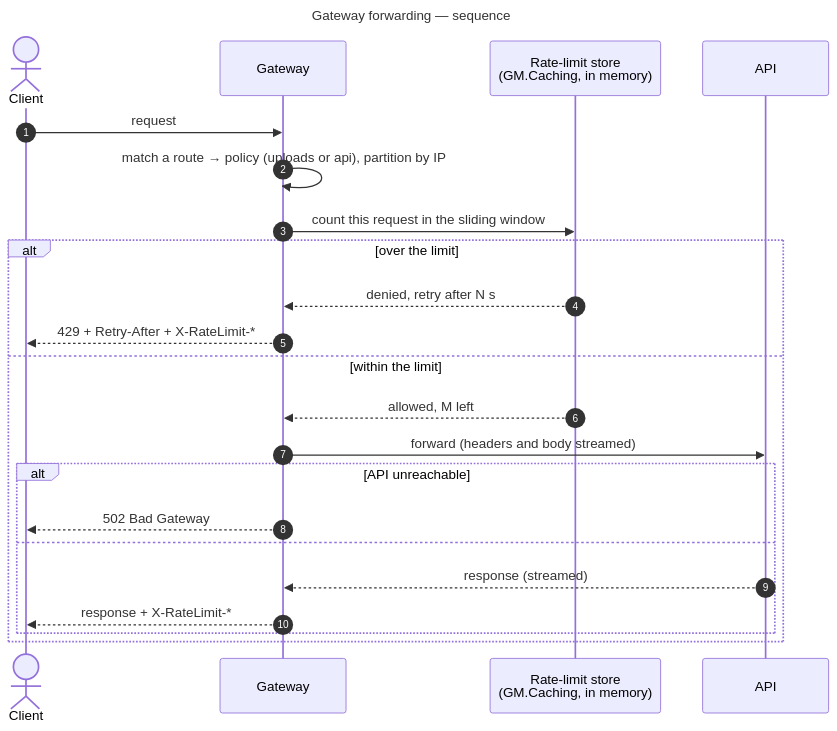
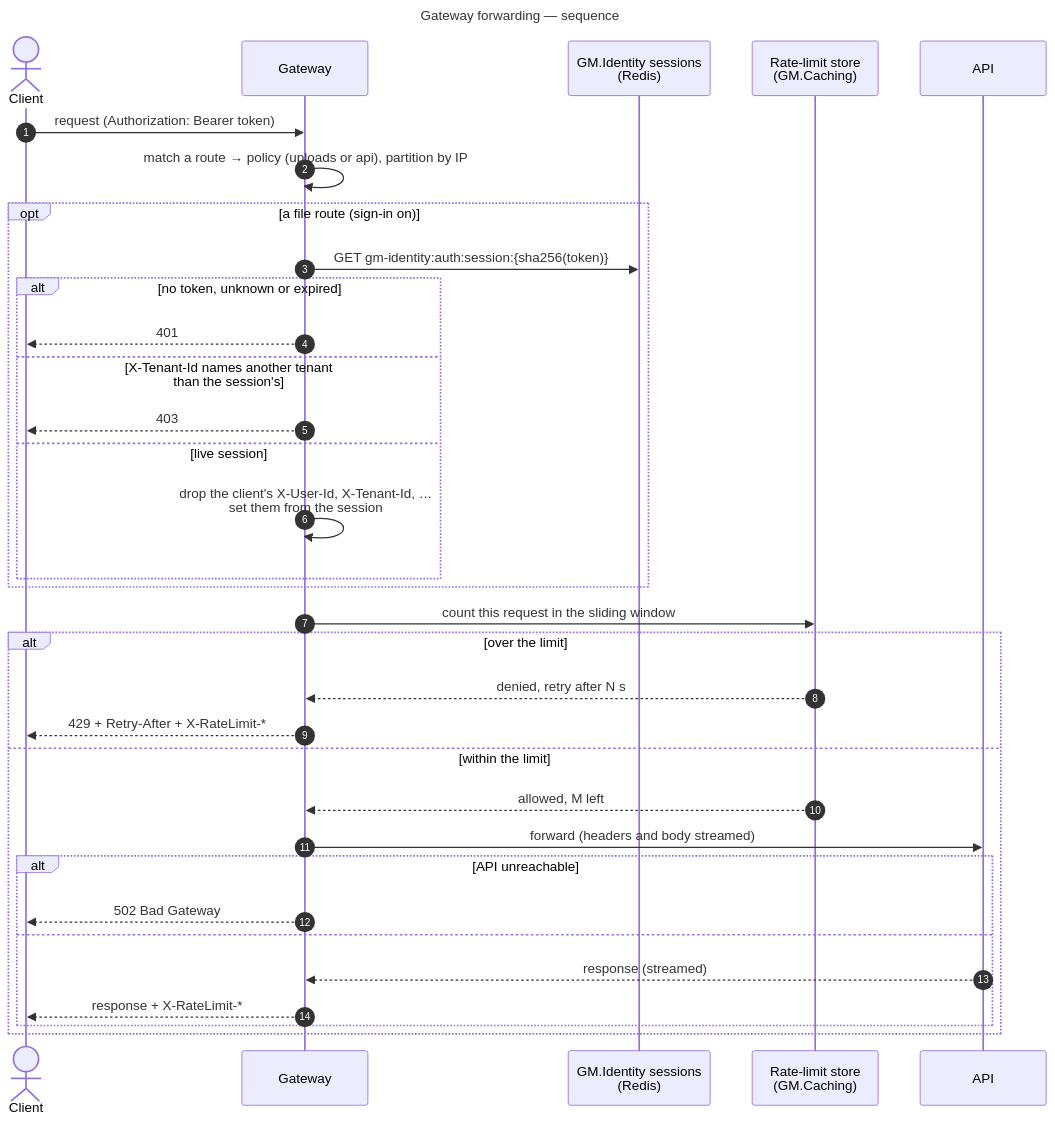
The second of 16 diagrams in docs/sequence-diagrams.md (gmetskhvarishvili/GM.FileStorage.Samples), drawn with Mermaid before and after one commit. The commit also changed other lines of this file and 33 other files, not shown here.

First line of the commit message:
feat!: sign in through GM.Identity at the gateway, and a file history of who opened what

````diff
--- a/docs/sequence-diagrams.md
+++ b/docs/sequence-diagrams.md
@@ -60,28 +60,39 @@
 ```mermaid
 ---
 title: Gateway forwarding — sequence
 ---
 sequenceDiagram
     autonumber
     actor C as Client
     participant G as Gateway
-    participant RL as Rate-limit store<br/>(GM.Caching, in memory)
+    participant ID as GM.Identity sessions<br/>(Redis)
+    participant RL as Rate-limit store<br/>(GM.Caching)
     participant API
 
-    C->>G: request
+    C->>G: request (Authorization: Bearer token)
     G->>G: match a route → policy (uploads or api), partition by IP
+    opt a file route (sign-in on)
+        G->>ID: GET gm-identity:auth:session:{sha256(token)}
+        alt no token, unknown or expired
+            G-->>C: 401
+        else X-Tenant-Id names another tenant than the session's
+            G-->>C: 403
+        else live session
+            G->>G: drop the client's X-User-Id, X-Tenant-Id, …<br/>set them from the session
+        end
+    end
     G->>RL: count this request in the sliding window
     alt over the limit
         RL-->>G: denied, retry after N s
         G-->>C: 429 + Retry-After + X-RateLimit-*
     else within the limit
         RL-->>G: allowed, M left
         G->>API: forward (headers and body streamed)
         alt API unreachable
             G-->>C: 502 Bad Gateway
         else
             API-->>G: response (streamed)
             G-->>C: response + X-RateLimit-*
         end
     end
 ```
````
